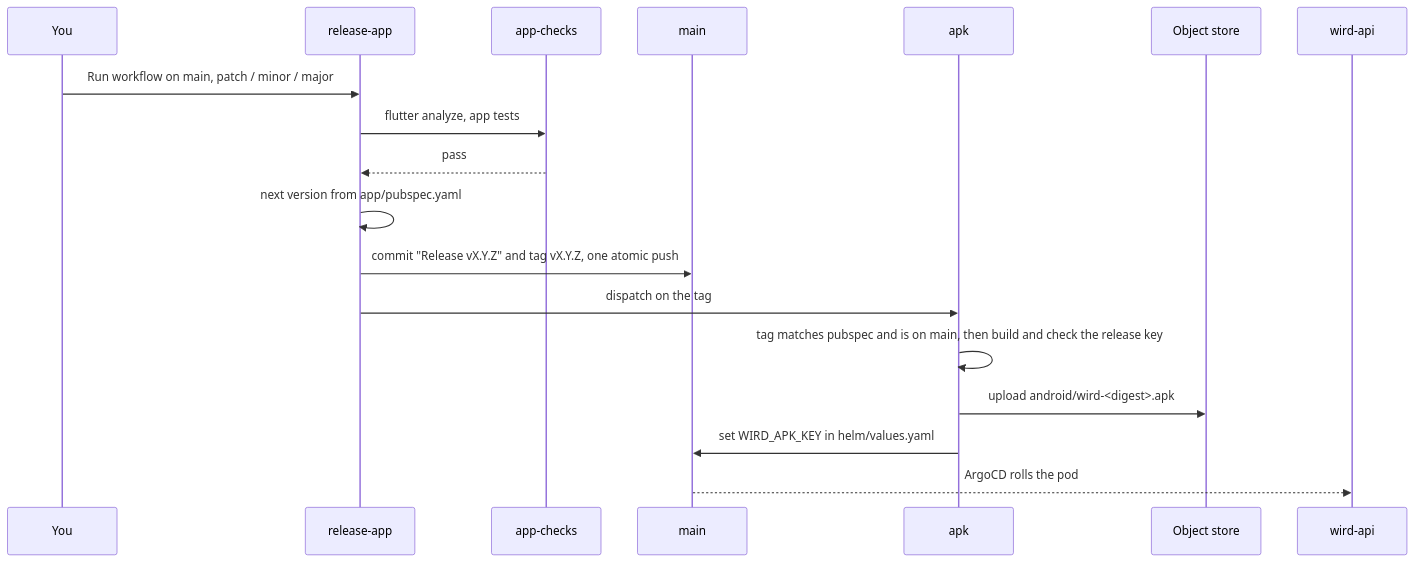
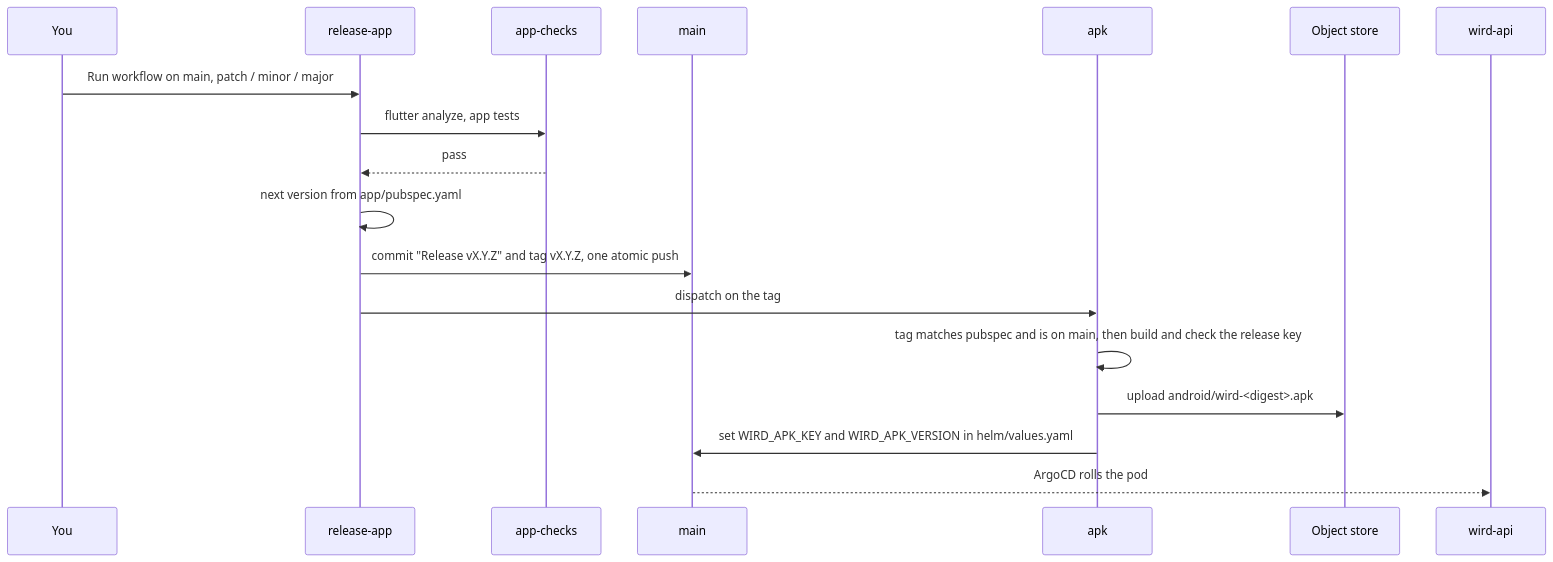
One commit to MohammadBnei/wird changed the diagram in docs/guides/releasing-the-apk.md. Above: the diagram before and after it, drawn with Mermaid. The commit also changed other lines of this file and 15 other files, not shown here.

First line of the commit message:
Show the version in Settings and on the page, and say what wird means

````diff
--- a/docs/guides/releasing-the-apk.md
+++ b/docs/guides/releasing-the-apk.md
@@ -5,21 +5,21 @@
 ```mermaid
 sequenceDiagram
   participant You
   participant RA as release-app
   participant AC as app-checks
   participant Main as main
   participant APK as apk
   participant OS as Object store
   participant API as wird-api
 
   You->>RA: Run workflow on main, patch / minor / major
   RA->>AC: flutter analyze, app tests
   AC-->>RA: pass
   RA->>RA: next version from app/pubspec.yaml
   RA->>Main: commit "Release vX.Y.Z" and tag vX.Y.Z, one atomic push
   RA->>APK: dispatch on the tag
   APK->>APK: tag matches pubspec and is on main, then build and check the release key
   APK->>OS: upload android/wird-<digest>.apk
-  APK->>Main: set WIRD_APK_KEY in helm/values.yaml
+  APK->>Main: set WIRD_APK_KEY and WIRD_APK_VERSION in helm/values.yaml
   Main-->>API: ArgoCD rolls the pod
 ```
````
